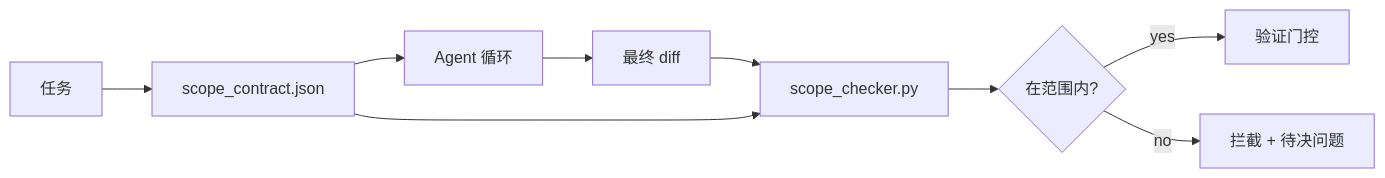
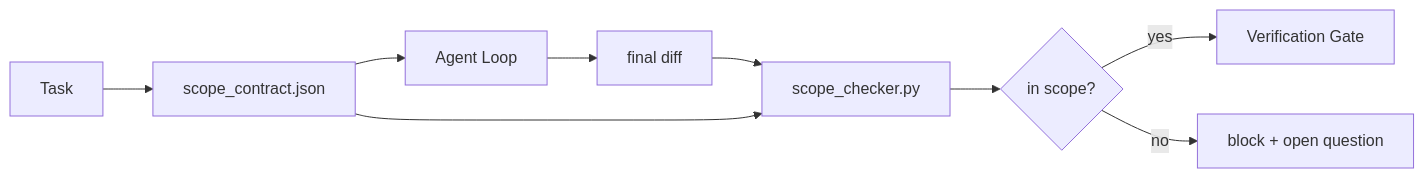
Before and after one commit to xiaojiaenen/ai-engineering-from-scratch-zh: the diagram in i18n/zh/phases/14-agent-engineering/36-scope-contracts/docs/zh.md, drawn with Mermaid. The commit also changed other lines of this file and 54 other files, not shown here.

````diff
--- a/i18n/zh/phases/14-agent-engineering/36-scope-contracts/docs/zh.md
+++ b/i18n/zh/phases/14-agent-engineering/36-scope-contracts/docs/zh.md
@@ -25,11 +25,11 @@
 ```mermaid
 flowchart LR
-  Task[任务] --> Contract[scope_contract.json]
-  Contract --> Agent[Agent 循环]
-  Agent --> Diff[最终 diff]
+  Task[Task] --> Contract[scope_contract.json]
+  Contract --> Agent[Agent Loop]
+  Agent --> Diff[final diff]
   Diff --> Checker[scope_checker.py]
   Contract --> Checker
-  Checker --> Verdict{在范围内?}
-  Verdict -- yes --> Verify[验证门控]
-  Verdict -- no --> Block[拦截 + 待决问题]
+  Checker --> Verdict{in scope?}
+  Verdict -- yes --> Verify[Verification Gate]
+  Verdict -- no --> Block[block + open question]
 ```
````
